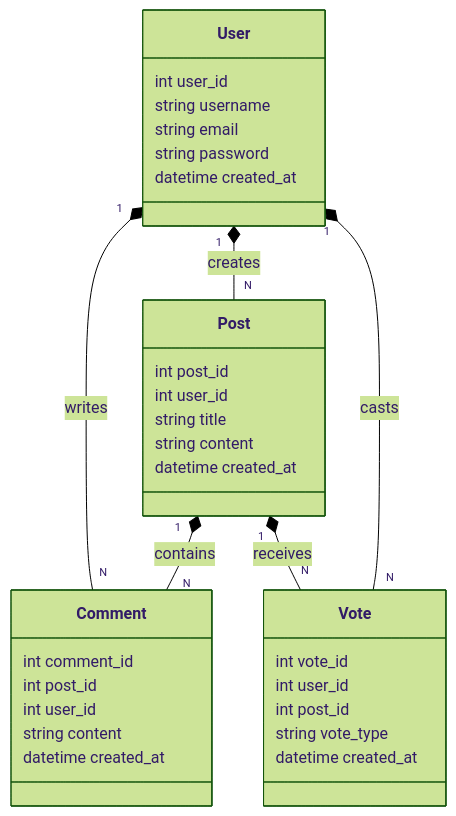
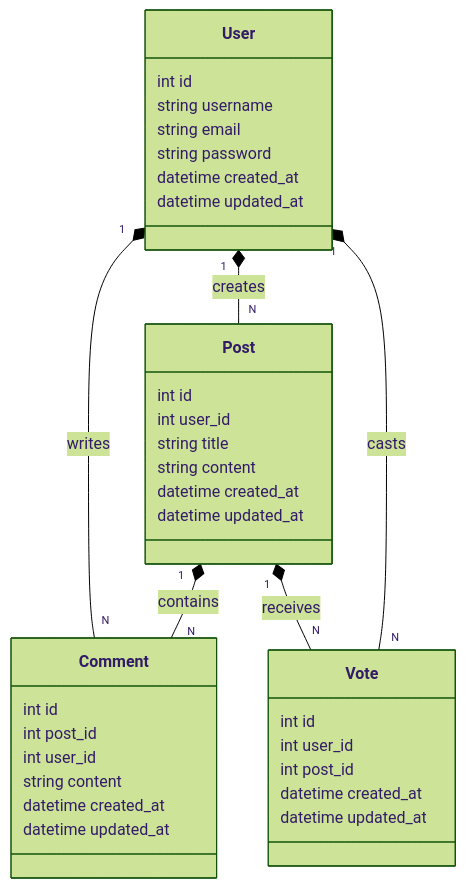
The diagram in README.md (wesleybertipaglia/spring-forum), drawn with Mermaid (forest theme) before and after one commit.

Commit message:
docs: update README
updated ERD

````diff
--- a/README.md
+++ b/README.md
@@ -18,40 +18,43 @@
 ```mermaid
 classDiagram
     class User {
-        int user_id
+        int id
         string username
         string email
         string password
         datetime created_at
+        datetime updated_at
     }
     
     class Post {
-        int post_id
+        int id
         int user_id
         string title
         string content
         datetime created_at
+        datetime updated_at
     }
     
     class Comment {
-        int comment_id
+        int id
         int post_id
         int user_id
         string content
         datetime created_at
+        datetime updated_at
     }
     
     class Vote {
-        int vote_id
+        int id
         int user_id
         int post_id
-        string vote_type
         datetime created_at
+        datetime updated_at
     }
 
     User "1" *-- "N" Post : creates
     Post "1" *-- "N" Comment : contains
     User "1" *-- "N" Comment : writes
     User "1" *-- "N" Vote : casts
     Post "1" *-- "N" Vote : receives
 ```
````
